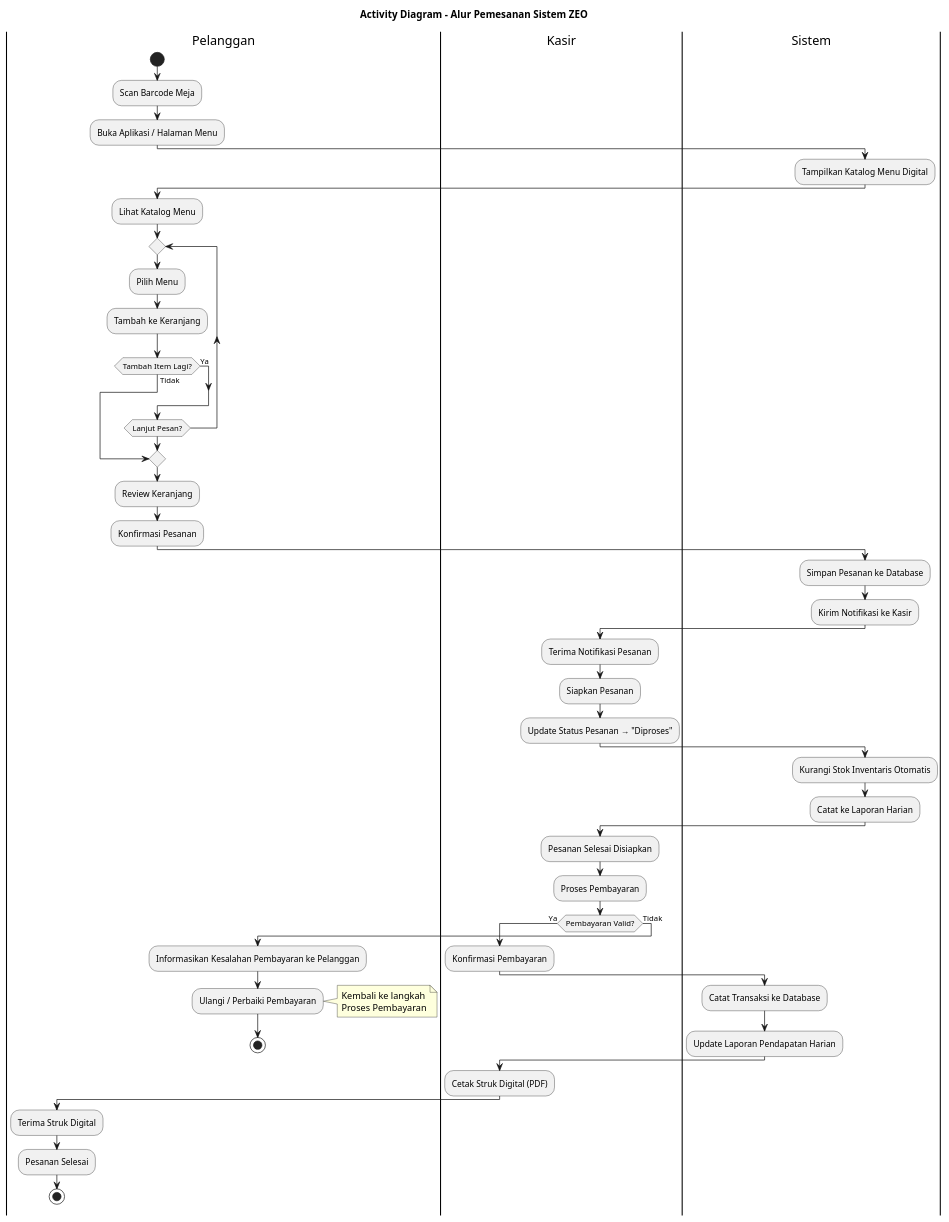
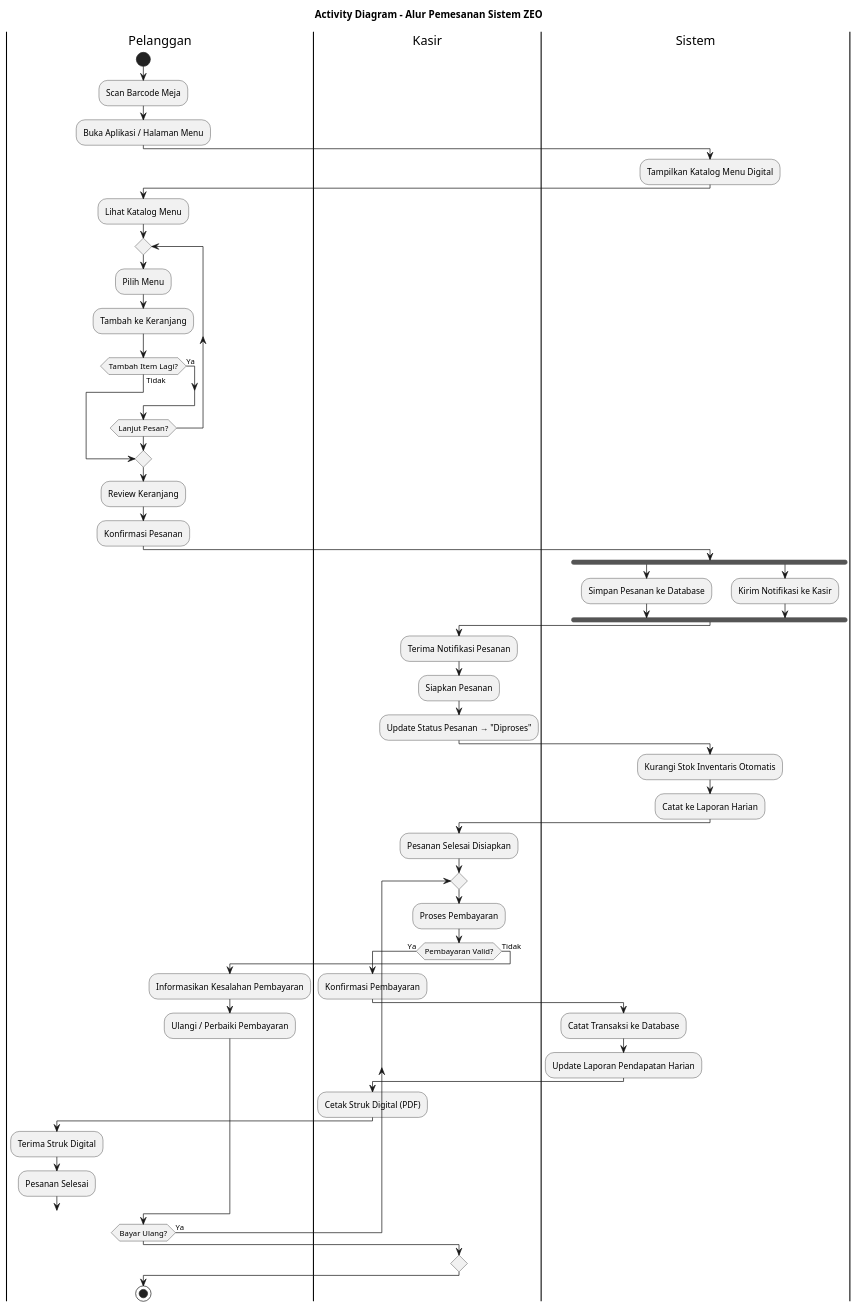
Before and after one commit to firgiawann/ADSI: the diagram in activity_diagram.puml, drawn with PlantUML. The commit also changed 5 other files, not shown here.

First line of the commit message:
feat: fix payment retry loop, add parallel fork/join, add Notifikasi class

```diff
--- a/activity_diagram.puml
+++ b/activity_diagram.puml
@@ -1,71 +1,77 @@
 @startuml activity_diagram
 title Activity Diagram - Alur Pemesanan Sistem ZEO
 
 |Pelanggan|
 |Kasir|
 |Sistem|
 
 |Pelanggan|
 start
 :Scan Barcode Meja;
 :Buka Aplikasi / Halaman Menu;
 
 |Sistem|
 :Tampilkan Katalog Menu Digital;
 
 |Pelanggan|
 :Lihat Katalog Menu;
 
 repeat
   :Pilih Menu;
   :Tambah ke Keranjang;
   if (Tambah Item Lagi?) then (Ya)
   else (Tidak)
     break
   endif
 repeat while (Lanjut Pesan?)
 
 :Review Keranjang;
 :Konfirmasi Pesanan;
 
 |Sistem|
-:Simpan Pesanan ke Database;
-:Kirim Notifikasi ke Kasir;
+fork
+  :Simpan Pesanan ke Database;
+fork again
+  :Kirim Notifikasi ke Kasir;
+end fork
 
 |Kasir|
 :Terima Notifikasi Pesanan;
 :Siapkan Pesanan;
 :Update Status Pesanan → "Diproses";
 
 |Sistem|
 :Kurangi Stok Inventaris Otomatis;
 :Catat ke Laporan Harian;
 
 |Kasir|
 :Pesanan Selesai Disiapkan;
-:Proses Pembayaran;
 
-if (Pembayaran Valid?) then (Ya)
-  :Konfirmasi Pembayaran;
+repeat
+  :Proses Pembayaran;
 
-  |Sistem|
-  :Catat Transaksi ke Database;
-  :Update Laporan Pendapatan Harian;
+  if (Pembayaran Valid?) then (Ya)
+    :Konfirmasi Pembayaran;
 
-  |Kasir|
-  :Cetak Struk Digital (PDF);
+    |Sistem|
+    :Catat Transaksi ke Database;
+    :Update Laporan Pendapatan Harian;
 
-  |Pelanggan|
-  :Terima Struk Digital;
-  :Pesanan Selesai;
-  stop
-else (Tidak)
-  :Informasikan Kesalahan Pembayaran ke Pelanggan;
+    |Kasir|
+    :Cetak Struk Digital (PDF);
 
-  |Pelanggan|
-  :Ulangi / Perbaiki Pembayaran;
-  note right: Kembali ke langkah\nProses Pembayaran
-  stop
-endif
+    |Pelanggan|
+    :Terima Struk Digital;
+    :Pesanan Selesai;
+    break
+  else (Tidak)
+    :Informasikan Kesalahan Pembayaran;
+
+    |Pelanggan|
+    :Ulangi / Perbaiki Pembayaran;
+  endif
+repeat while (Bayar Ulang?) is (Ya)
+
+stop
 
 @enduml
```
